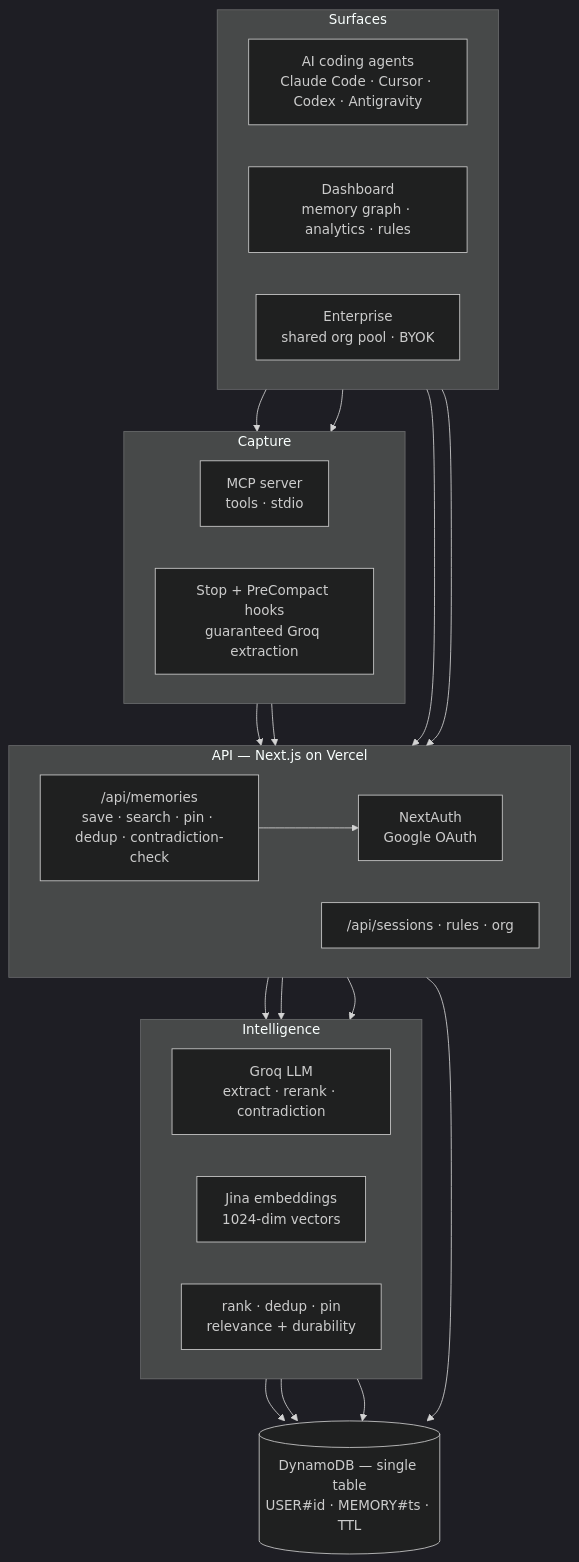
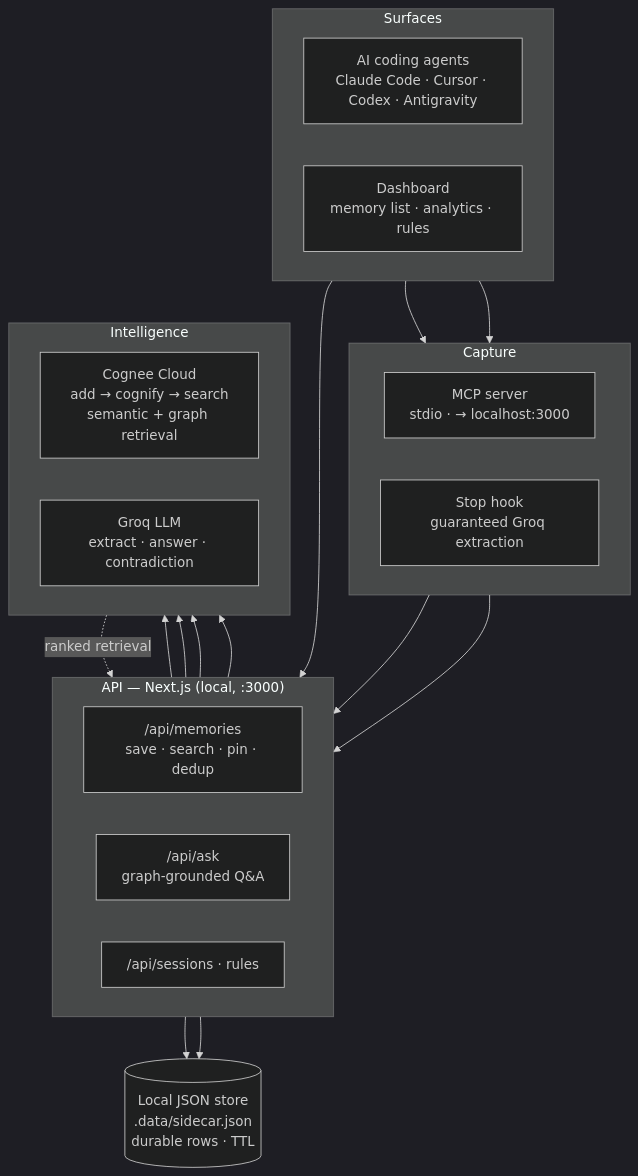
Before and after one commit to ayushraj-byte/Cognee-Imprint: the diagram in README.md, drawn with Mermaid (dark theme). The commit also changed other lines of this file, not shown here.

Commit message:
docs: rewrite Architecture/Stack/Data Model/Project Structure for Cognee + local store

````diff
--- a/README.md
+++ b/README.md
@@ -78,46 +79,42 @@
 ```mermaid
 flowchart TB
   subgraph SURF["Surfaces"]
     direction LR
     IDE["AI coding agents<br/>Claude Code · Cursor · Codex · Antigravity"]
-    DASH["Dashboard<br/>memory graph · analytics · rules"]
-    ORG["Enterprise<br/>shared org pool · BYOK"]
+    DASH["Dashboard<br/>memory list · analytics · rules"]
   end
 
   subgraph CAP["Capture"]
     direction LR
-    MCP["MCP server<br/>tools · stdio"]
-    HOOK["Stop + PreCompact hooks<br/>guaranteed Groq extraction"]
+    MCP["MCP server<br/>stdio · → localhost:3000"]
+    HOOK["Stop hook<br/>guaranteed Groq extraction"]
   end
 
-  subgraph API["API — Next.js on Vercel"]
+  subgraph API["API — Next.js (local, :3000)"]
     direction LR
-    MEM["/api/memories<br/>save · search · pin · dedup · contradiction-check"]
-    SESS["/api/sessions · rules · org"]
-    AUTH["NextAuth<br/>Google OAuth"]
+    MEM["/api/memories<br/>save · search · pin · dedup"]
+    ASK["/api/ask<br/>graph-grounded Q&amp;A"]
+    SESS["/api/sessions · rules"]
   end
 
   subgraph INTEL["Intelligence"]
     direction LR
-    GROQ["Groq LLM<br/>extract · rerank · contradiction"]
-    JINA["Jina embeddings<br/>1024-dim vectors"]
-    RANK["rank · dedup · pin<br/>relevance + durability"]
+    COG["Cognee Cloud<br/>add → cognify → search<br/>semantic + graph retrieval"]
+    GROQ["Groq LLM<br/>extract · answer · contradiction"]
   end
 
-  DB[("DynamoDB — single table<br/>USER#id · MEMORY#ts · TTL")]
+  STORE[("Local JSON store<br/>.data/sidecar.json<br/>durable rows · TTL")]
 
   IDE --> MCP
   IDE --> HOOK
   DASH --> MEM
-  ORG --> MEM
   MCP --> MEM
   HOOK --> MEM
-  MEM --> AUTH
   MEM --> GROQ
-  MEM --> JINA
-  MEM --> RANK
-  GROQ --> DB
-  JINA --> DB
-  RANK --> DB
-  MEM --> DB
+  MEM --> COG
+  ASK --> COG
+  ASK --> GROQ
+  MEM --> STORE
+  SESS --> STORE
+  COG -. ranked retrieval .-> MEM
 ```
````
